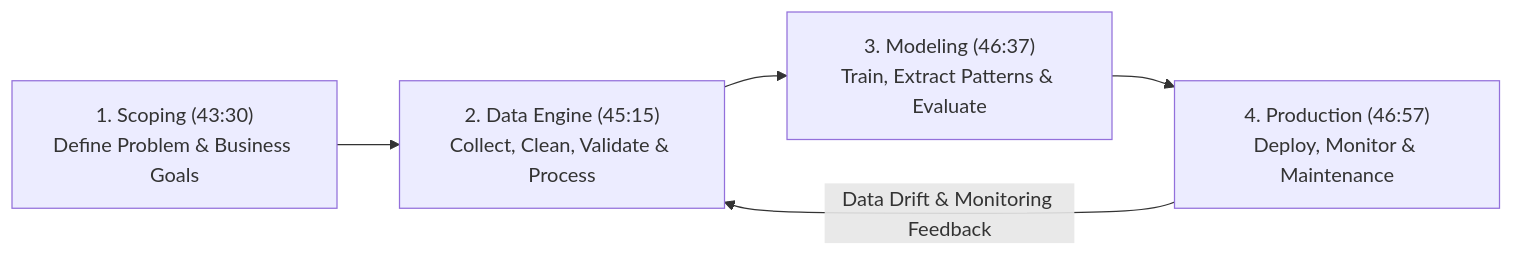
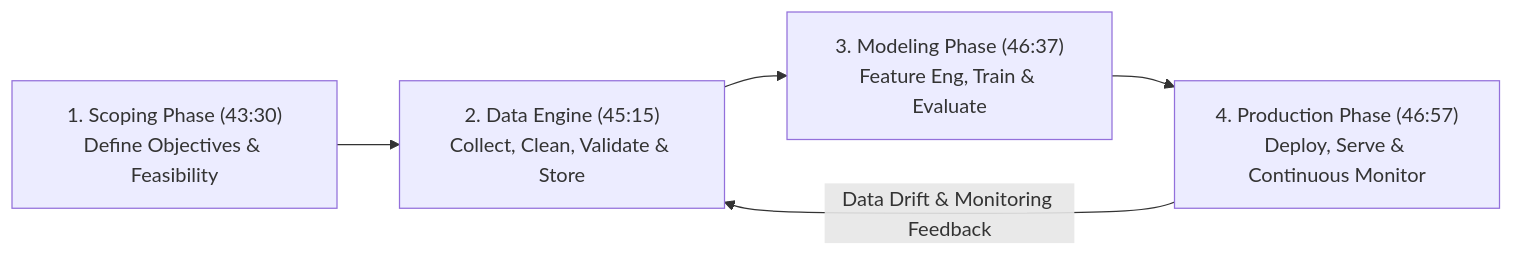
The second of 3 diagrams in 01_RAW/PROCESS/learn-core-machine-learning-part-02.md (xrcodexcode/xr_node), drawn with Mermaid before and after one commit. The commit also changed other lines of this file and 15 other files, not shown here.

````diff
--- a/01_RAW/PROCESS/learn-core-machine-learning-part-02.md
+++ b/01_RAW/PROCESS/learn-core-machine-learning-part-02.md
@@ -69,7 +74,7 @@
 ```mermaid
 flowchart LR
-    A["1. Scoping (43:30)<br/>Define Problem & Business Goals"] --> B["2. Data Engine (45:15)<br/>Collect, Clean, Validate & Process"]
-    B --> C["3. Modeling (46:37)<br/>Train, Extract Patterns & Evaluate"]
-    C --> D["4. Production (46:57)<br/>Deploy, Monitor & Maintenance"]
+    A["1. Scoping Phase (43:30)<br/>Define Objectives & Feasibility"] --> B["2. Data Engine (45:15)<br/>Collect, Clean, Validate & Store"]
+    B --> C["3. Modeling Phase (46:37)<br/>Feature Eng, Train & Evaluate"]
+    C --> D["4. Production Phase (46:57)<br/>Deploy, Serve & Continuous Monitor"]
     D -->|Data Drift & Monitoring Feedback| B
 ```
````
